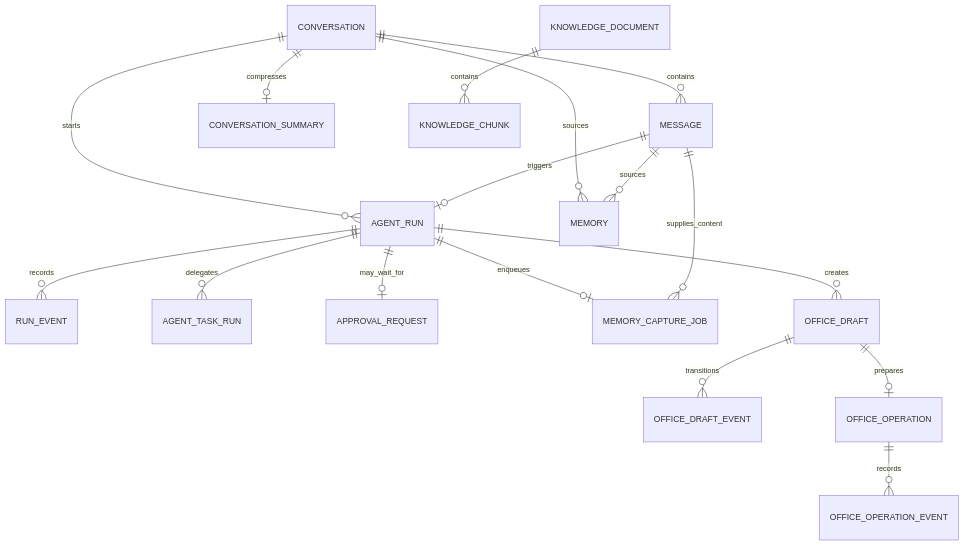
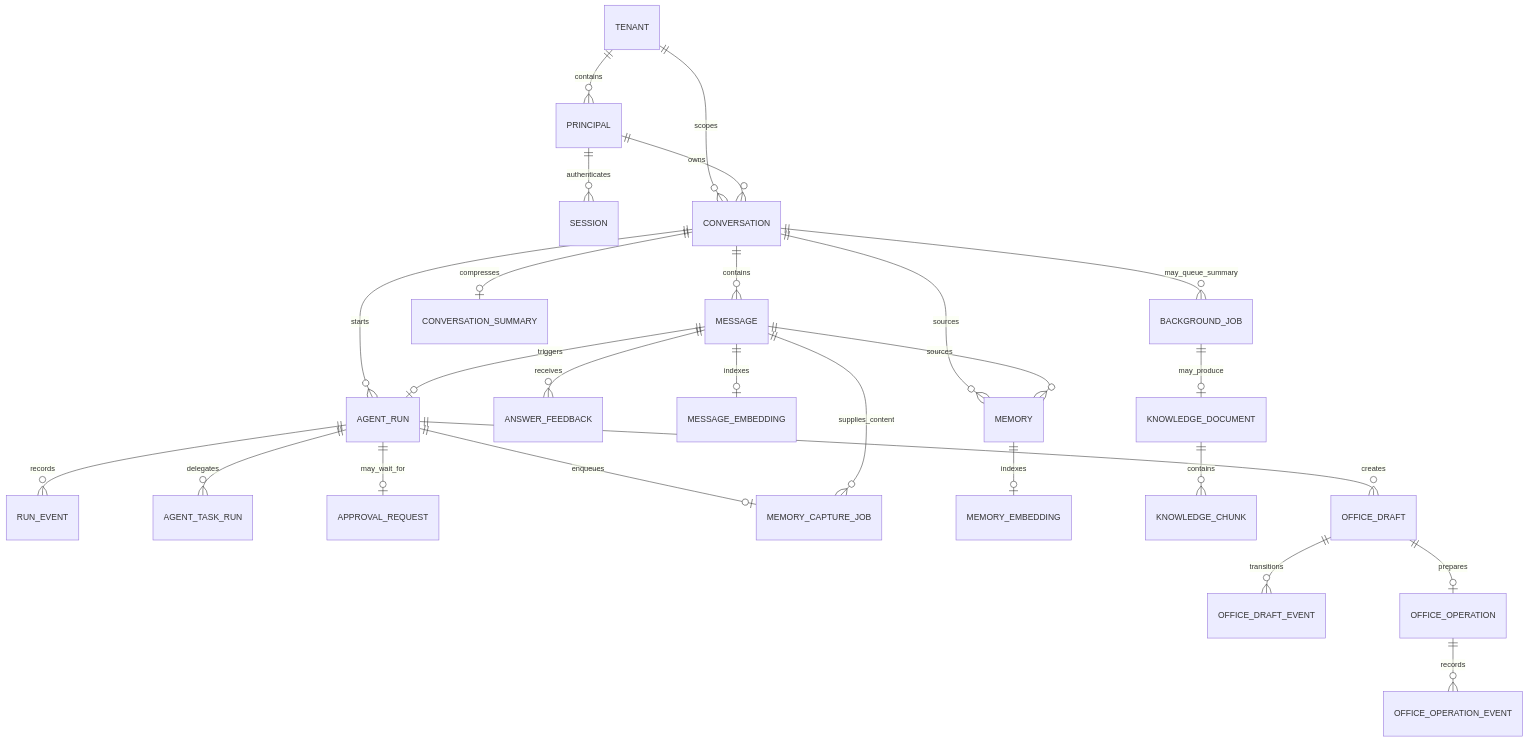
Before and after one commit to zora-DD/zora: the second of 12 diagrams in docs/project-analysis.md, drawn with Mermaid. The commit also changed other lines of this file, not shown here.

````diff
--- a/docs/project-analysis.md
+++ b/docs/project-analysis.md
@@ -204,19 +252,28 @@
 ```mermaid
 erDiagram
+    TENANT ||--o{ PRINCIPAL : contains
+    PRINCIPAL ||--o{ SESSION : authenticates
+    TENANT ||--o{ CONVERSATION : scopes
+    PRINCIPAL ||--o{ CONVERSATION : owns
     CONVERSATION ||--o{ MESSAGE : contains
     CONVERSATION ||--o{ AGENT_RUN : starts
     CONVERSATION ||--o| CONVERSATION_SUMMARY : compresses
+    MESSAGE ||--o{ ANSWER_FEEDBACK : receives
+    MESSAGE ||--o| MESSAGE_EMBEDDING : indexes
     AGENT_RUN ||--o{ RUN_EVENT : records
     AGENT_RUN ||--o{ AGENT_TASK_RUN : delegates
     AGENT_RUN ||--o| APPROVAL_REQUEST : may_wait_for
     MESSAGE ||--o| AGENT_RUN : triggers
     AGENT_RUN ||--o| MEMORY_CAPTURE_JOB : enqueues
     MESSAGE ||--o{ MEMORY_CAPTURE_JOB : supplies_content
     CONVERSATION ||--o{ MEMORY : sources
     MESSAGE ||--o{ MEMORY : sources
+    MEMORY ||--o| MEMORY_EMBEDDING : indexes
     KNOWLEDGE_DOCUMENT ||--o{ KNOWLEDGE_CHUNK : contains
+    BACKGROUND_JOB ||--o| KNOWLEDGE_DOCUMENT : may_produce
+    CONVERSATION ||--o{ BACKGROUND_JOB : may_queue_summary
     AGENT_RUN ||--o{ OFFICE_DRAFT : creates
     OFFICE_DRAFT ||--o{ OFFICE_DRAFT_EVENT : transitions
     OFFICE_DRAFT ||--o| OFFICE_OPERATION : prepares
     OFFICE_OPERATION ||--o{ OFFICE_OPERATION_EVENT : records
 ```
````
